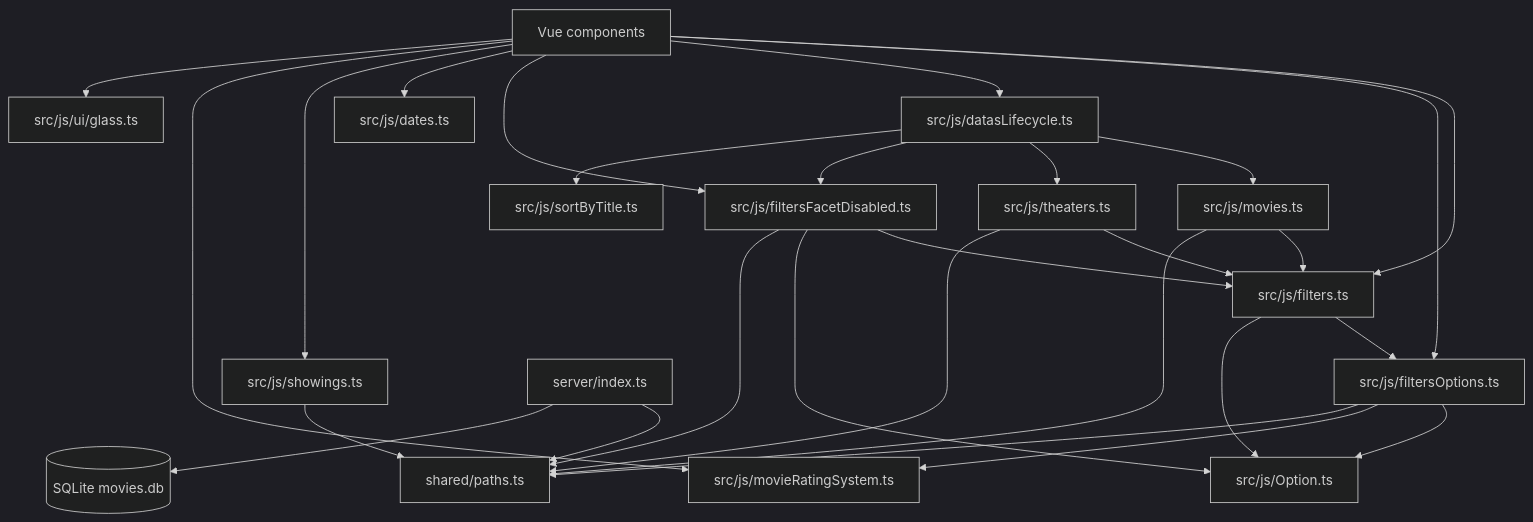
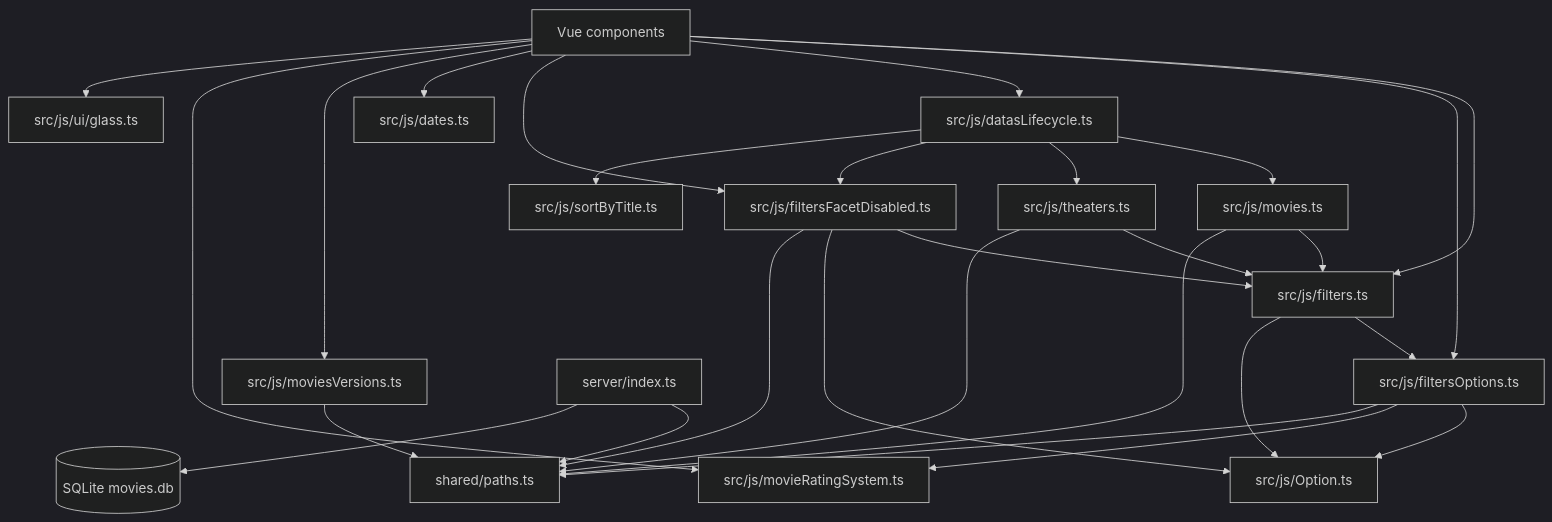
Before and after one commit to CUTFYSH1101/movie-notify: the diagram in docs/dependency-map.md, drawn with Mermaid (dark theme). The commit also changed other lines of this file and 5 other files, not shown here.

````diff
--- a/docs/dependency-map.md
+++ b/docs/dependency-map.md
@@ -7,30 +7,30 @@
 ```mermaid
 flowchart TD
   UI[Vue components] --> Filters[src/js/filters.ts]
   UI --> Options[src/js/filtersOptions.ts]
   UI --> Lifecycle[src/js/datasLifecycle.ts]
   UI --> Facets[src/js/filtersFacetDisabled.ts]
   UI --> Dates[src/js/dates.ts]
-  UI --> Showings[src/js/showings.ts]
+  UI --> Showings[src/js/moviesVersions.ts]
   UI --> Rating[src/js/movieRatingSystem.ts]
   UI --> Glass[src/js/ui/glass.ts]
   Lifecycle --> Movies[src/js/movies.ts]
   Lifecycle --> Theaters[src/js/theaters.ts]
   Lifecycle --> Facets
   Lifecycle --> Sort[src/js/sortByTitle.ts]
   Facets --> Filters
   Filters --> Options
   Filters --> OptionType[src/js/Option.ts]
   Facets --> OptionType
   Options --> OptionType
   Options --> Rating
   Movies --> Filters
   Theaters --> Filters
   Movies --> Paths[shared/paths.ts]
   Theaters --> Paths
   Facets --> Paths
   Options --> Paths
   Showings --> Paths
   Server[server/index.ts] --> Paths
   Server --> DB[(SQLite movies.db)]
 ```
````
